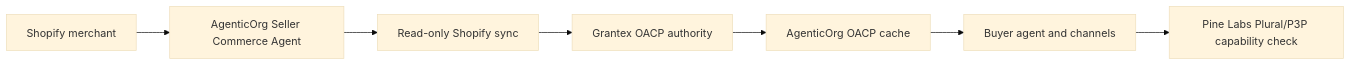
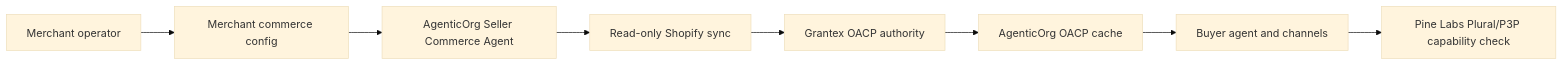
Before and after one commit to mishrasanjeev/agentic-org: the diagram in README.md, drawn with Mermaid (base theme). The commit also changed other lines of this file and 44 other files, not shown here.

First line of the commit message:
Add merchant self-service OACP config (#878)

````diff
--- a/README.md
+++ b/README.md
@@ -37,9 +38,10 @@
 ```mermaid
 flowchart LR
-  merchant[Shopify merchant] --> agentic[AgenticOrg Seller Commerce Agent]
+  merchant[Merchant operator] --> config[Merchant commerce config]
+  config --> agentic[AgenticOrg Seller Commerce Agent]
   agentic --> shopify[Read-only Shopify sync]
   shopify --> grantex[Grantex OACP authority]
   grantex --> cache[AgenticOrg OACP cache]
   cache --> buyer[Buyer agent and channels]
   buyer --> provider[Pine Labs Plural/P3P capability check]
 ```
````
